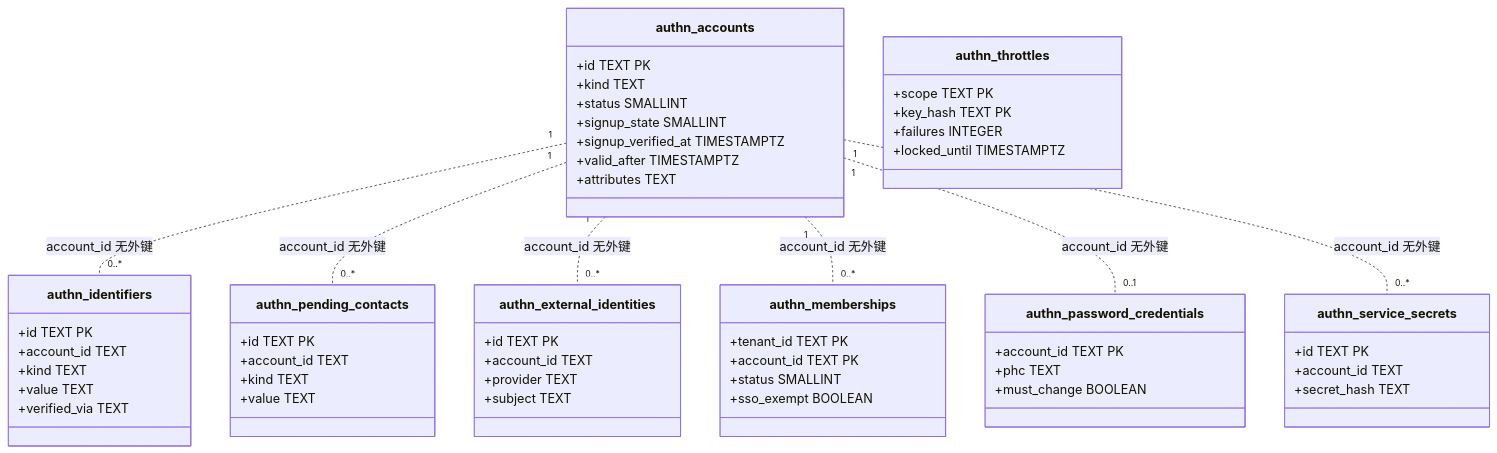
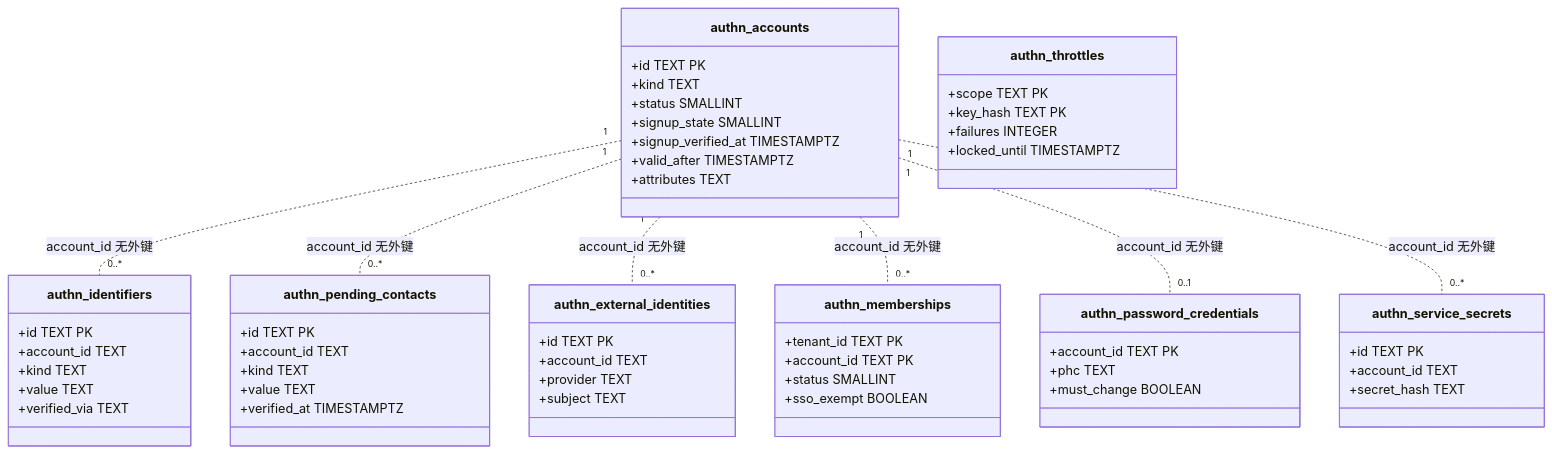
The first of 4 diagrams in docs/design/modules/authn/design-authn-account.md (wangzw/speed), drawn with Mermaid before and after one commit. The commit also changed other lines of this file and 81 other files, not shown here.

````diff
--- a/docs/design/modules/authn/design-authn-account.md
+++ b/docs/design/modules/authn/design-authn-account.md
@@ -270,59 +270,60 @@
 ```mermaid
 classDiagram
     class authn_accounts {
         +id TEXT PK
         +kind TEXT
         +status SMALLINT
         +signup_state SMALLINT
         +signup_verified_at TIMESTAMPTZ
         +valid_after TIMESTAMPTZ
         +attributes TEXT
     }
     class authn_identifiers {
         +id TEXT PK
         +account_id TEXT
         +kind TEXT
         +value TEXT
         +verified_via TEXT
     }
     class authn_pending_contacts {
         +id TEXT PK
         +account_id TEXT
         +kind TEXT
         +value TEXT
+        +verified_at TIMESTAMPTZ
     }
     class authn_external_identities {
         +id TEXT PK
         +account_id TEXT
         +provider TEXT
         +subject TEXT
     }
     class authn_memberships {
         +tenant_id TEXT PK
         +account_id TEXT PK
         +status SMALLINT
         +sso_exempt BOOLEAN
     }
     class authn_password_credentials {
         +account_id TEXT PK
         +phc TEXT
         +must_change BOOLEAN
     }
     class authn_service_secrets {
         +id TEXT PK
         +account_id TEXT
         +secret_hash TEXT
     }
     class authn_throttles {
         +scope TEXT PK
         +key_hash TEXT PK
         +failures INTEGER
         +locked_until TIMESTAMPTZ
     }
     authn_accounts "1" .. "0..*" authn_identifiers : account_id 无外键
     authn_accounts "1" .. "0..*" authn_pending_contacts : account_id 无外键
     authn_accounts "1" .. "0..*" authn_external_identities : account_id 无外键
     authn_accounts "1" .. "0..*" authn_memberships : account_id 无外键
     authn_accounts "1" .. "0..1" authn_password_credentials : account_id 无外键
     authn_accounts "1" .. "0..*" authn_service_secrets : account_id 无外键
 ```
````
